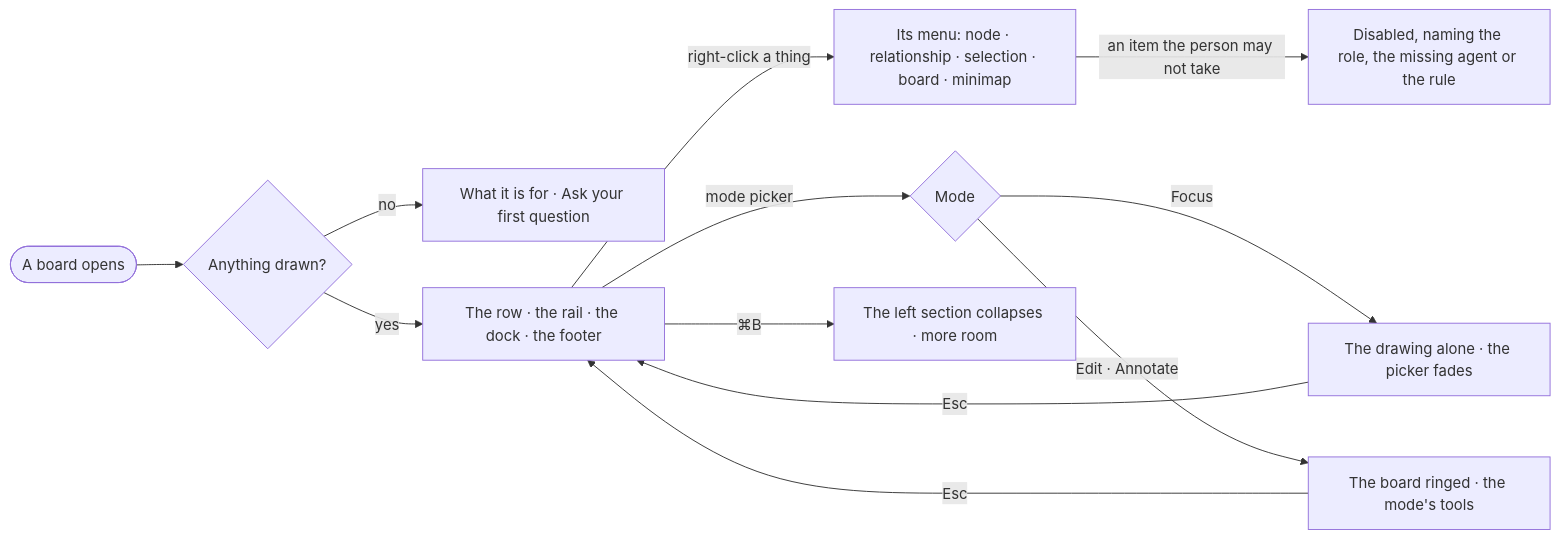
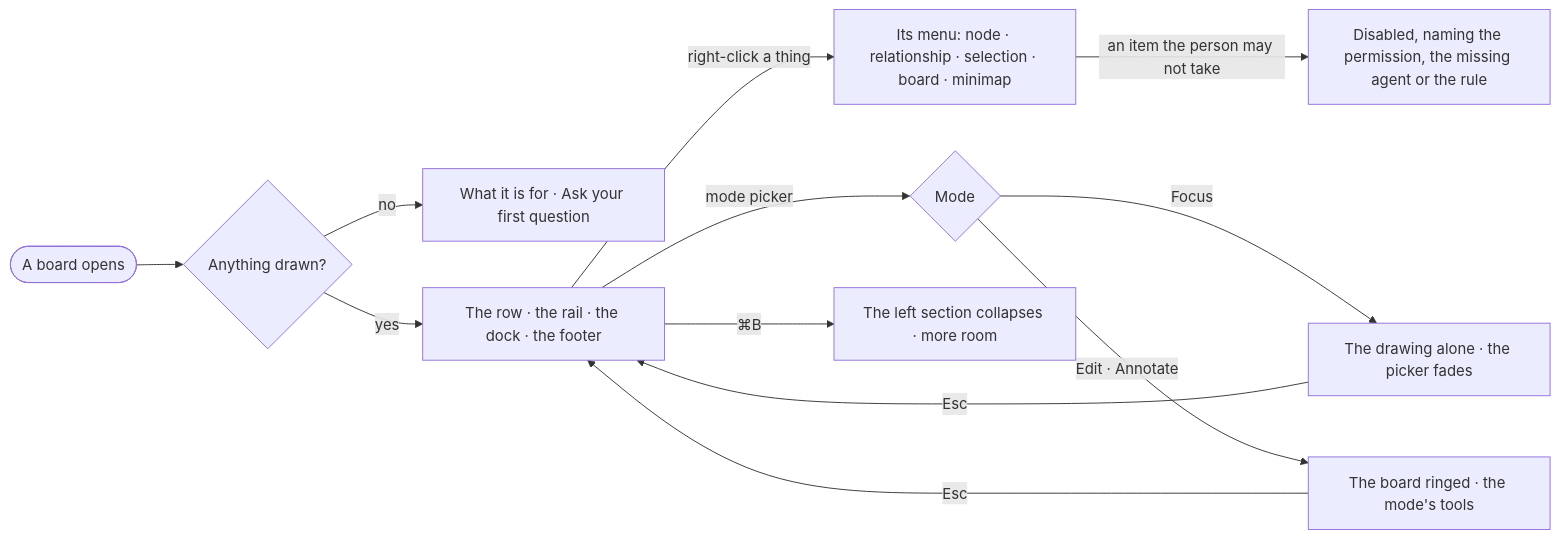
One commit to invana/invana changed the diagram in specs/capabilities/explore/features/EX-F01-the-board-and-its-canvas/stories/EX-18-a-quiet-board/story.md. Above: the diagram before and after it, drawn with Mermaid. The commit also changed other lines of this file and 228 other files, not shown here.

````diff
--- a/specs/capabilities/explore/features/EX-F01-the-board-and-its-canvas/stories/EX-18-a-quiet-board/story.md
+++ b/specs/capabilities/explore/features/EX-F01-the-board-and-its-canvas/stories/EX-18-a-quiet-board/story.md
@@ -28,14 +28,14 @@
 ```mermaid
 flowchart LR
   a([A board opens]) --> q{Anything drawn?}
   q -->|no| e["What it is for · Ask your first question"]
   q -->|yes| b["The row · the rail · the dock · the footer"]
   b -->|right-click a thing| m["Its menu: node · relationship · selection · board · minimap"]
-  m -->|an item the person may not take| dis["Disabled, naming the role, the missing agent or the rule"]
+  m -->|an item the person may not take| dis["Disabled, naming the permission, the missing agent or the rule"]
   b -->|mode picker| md{Mode}
   md -->|Focus| f["The drawing alone · the picker fades"]
   md -->|Edit · Annotate| w["The board ringed · the mode's tools"]
   f -->|Esc| b
   w -->|Esc| b
   b -->|⌘B| c["The left section collapses · more room"]
 ```
````
